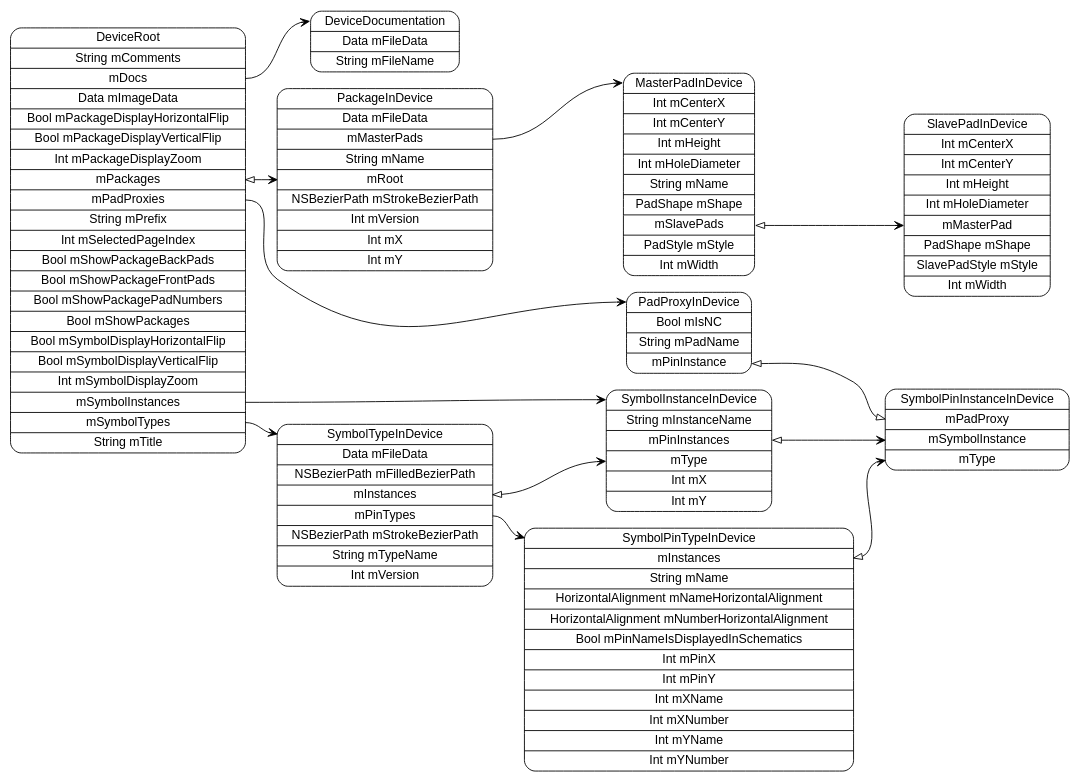
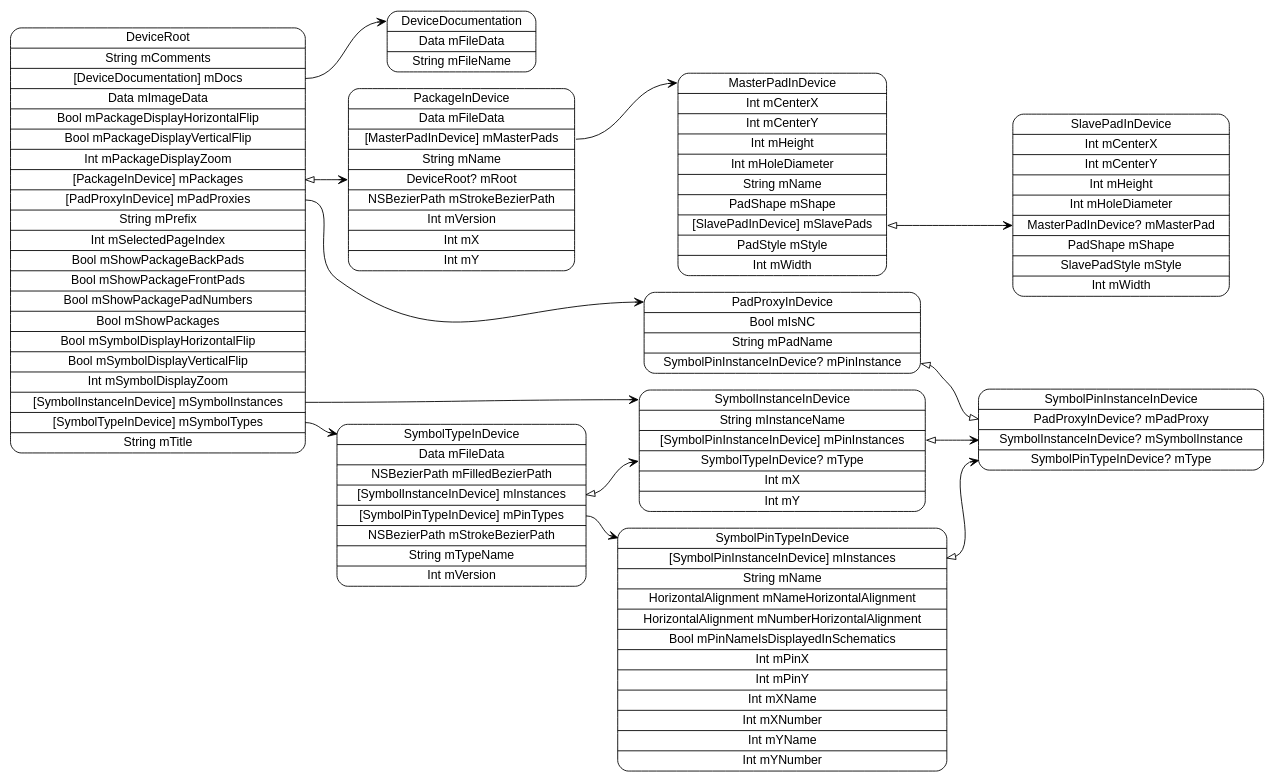
Before and after one commit to pierremolinaro/ElCanari-dev: the diagram in models/DeviceRoot.dot, drawn with Graphviz. The commit also changed 14 other files, not shown here.

```diff
--- a/models/DeviceRoot.dot
+++ b/models/DeviceRoot.dot
@@ -1,26 +1,26 @@
 digraph G {
   rankdir=LR ;
   node [shape=record fontname=helvetica style=rounded] ;
-  DeviceRoot[label="<DeviceRoot>DeviceRoot|String mComments|<mDocs>mDocs|Data mImageData|Bool mPackageDisplayHorizontalFlip|Bool mPackageDisplayVerticalFlip|Int mPackageDisplayZoom|<mPackages>mPackages|<mPadProxies>mPadProxies|String mPrefix|Int mSelectedPageIndex|Bool mShowPackageBackPads|Bool mShowPackageFrontPads|Bool mShowPackagePadNumbers|Bool mShowPackages|Bool mSymbolDisplayHorizontalFlip|Bool mSymbolDisplayVerticalFlip|Int mSymbolDisplayZoom|<mSymbolInstances>mSymbolInstances|<mSymbolTypes>mSymbolTypes|String mTitle"] ;
-  SymbolTypeInDevice[label="<SymbolTypeInDevice>SymbolTypeInDevice|Data mFileData|NSBezierPath mFilledBezierPath|<mInstances>mInstances|<mPinTypes>mPinTypes|NSBezierPath mStrokeBezierPath|String mTypeName|Int mVersion"] ;
-  SymbolPinTypeInDevice[label="<SymbolPinTypeInDevice>SymbolPinTypeInDevice|<mInstances>mInstances|String mName|HorizontalAlignment mNameHorizontalAlignment|HorizontalAlignment mNumberHorizontalAlignment|Bool mPinNameIsDisplayedInSchematics|Int mPinX|Int mPinY|Int mXName|Int mXNumber|Int mYName|Int mYNumber"] ;
-  SymbolPinInstanceInDevice[label="<SymbolPinInstanceInDevice>SymbolPinInstanceInDevice|<mPadProxy>mPadProxy|<mSymbolInstance>mSymbolInstance|<mType>mType"] ;
-  SymbolInstanceInDevice[label="<SymbolInstanceInDevice>SymbolInstanceInDevice|String mInstanceName|<mPinInstances>mPinInstances|<mType>mType|Int mX|Int mY"] ;
-  PadProxyInDevice[label="<PadProxyInDevice>PadProxyInDevice|Bool mIsNC|String mPadName|<mPinInstance>mPinInstance"] ;
-  PackageInDevice[label="<PackageInDevice>PackageInDevice|Data mFileData|<mMasterPads>mMasterPads|String mName|<mRoot>mRoot|NSBezierPath mStrokeBezierPath|Int mVersion|Int mX|Int mY"] ;
-  MasterPadInDevice[label="<MasterPadInDevice>MasterPadInDevice|Int mCenterX|Int mCenterY|Int mHeight|Int mHoleDiameter|String mName|PadShape mShape|<mSlavePads>mSlavePads|PadStyle mStyle|Int mWidth"] ;
-  SlavePadInDevice[label="<SlavePadInDevice>SlavePadInDevice|Int mCenterX|Int mCenterY|Int mHeight|Int mHoleDiameter|<mMasterPad>mMasterPad|PadShape mShape|SlavePadStyle mStyle|Int mWidth"] ;
+  DeviceRoot[label="<DeviceRoot>DeviceRoot|String mComments|<mDocs>[DeviceDocumentation] mDocs|Data mImageData|Bool mPackageDisplayHorizontalFlip|Bool mPackageDisplayVerticalFlip|Int mPackageDisplayZoom|<mPackages>[PackageInDevice] mPackages|<mPadProxies>[PadProxyInDevice] mPadProxies|String mPrefix|Int mSelectedPageIndex|Bool mShowPackageBackPads|Bool mShowPackageFrontPads|Bool mShowPackagePadNumbers|Bool mShowPackages|Bool mSymbolDisplayHorizontalFlip|Bool mSymbolDisplayVerticalFlip|Int mSymbolDisplayZoom|<mSymbolInstances>[SymbolInstanceInDevice] mSymbolInstances|<mSymbolTypes>[SymbolTypeInDevice] mSymbolTypes|String mTitle"] ;
+  SymbolTypeInDevice[label="<SymbolTypeInDevice>SymbolTypeInDevice|Data mFileData|NSBezierPath mFilledBezierPath|<mInstances>[SymbolInstanceInDevice] mInstances|<mPinTypes>[SymbolPinTypeInDevice] mPinTypes|NSBezierPath mStrokeBezierPath|String mTypeName|Int mVersion"] ;
+  SymbolPinTypeInDevice[label="<SymbolPinTypeInDevice>SymbolPinTypeInDevice|<mInstances>[SymbolPinInstanceInDevice] mInstances|String mName|HorizontalAlignment mNameHorizontalAlignment|HorizontalAlignment mNumberHorizontalAlignment|Bool mPinNameIsDisplayedInSchematics|Int mPinX|Int mPinY|Int mXName|Int mXNumber|Int mYName|Int mYNumber"] ;
+  SymbolPinInstanceInDevice[label="<SymbolPinInstanceInDevice>SymbolPinInstanceInDevice|<mPadProxy>PadProxyInDevice? mPadProxy|<mSymbolInstance>SymbolInstanceInDevice? mSymbolInstance|<mType>SymbolPinTypeInDevice? mType"] ;
+  SymbolInstanceInDevice[label="<SymbolInstanceInDevice>SymbolInstanceInDevice|String mInstanceName|<mPinInstances>[SymbolPinInstanceInDevice] mPinInstances|<mType>SymbolTypeInDevice? mType|Int mX|Int mY"] ;
+  PadProxyInDevice[label="<PadProxyInDevice>PadProxyInDevice|Bool mIsNC|String mPadName|<mPinInstance>SymbolPinInstanceInDevice? mPinInstance"] ;
+  PackageInDevice[label="<PackageInDevice>PackageInDevice|Data mFileData|<mMasterPads>[MasterPadInDevice] mMasterPads|String mName|<mRoot>DeviceRoot? mRoot|NSBezierPath mStrokeBezierPath|Int mVersion|Int mX|Int mY"] ;
+  MasterPadInDevice[label="<MasterPadInDevice>MasterPadInDevice|Int mCenterX|Int mCenterY|Int mHeight|Int mHoleDiameter|String mName|PadShape mShape|<mSlavePads>[SlavePadInDevice] mSlavePads|PadStyle mStyle|Int mWidth"] ;
+  SlavePadInDevice[label="<SlavePadInDevice>SlavePadInDevice|Int mCenterX|Int mCenterY|Int mHeight|Int mHoleDiameter|<mMasterPad>MasterPadInDevice? mMasterPad|PadShape mShape|SlavePadStyle mStyle|Int mWidth"] ;
   DeviceDocumentation[label="<DeviceDocumentation>DeviceDocumentation|Data mFileData|String mFileName"] ;
   DeviceRoot:mDocs -> DeviceDocumentation:DeviceDocumentation [dir=both arrowtail=none arrowhead=vee] ;
   DeviceRoot:mPackages -> PackageInDevice:mRoot [dir=both arrowtail=onormal arrowhead=vee] ;
   DeviceRoot:mPadProxies -> PadProxyInDevice:PadProxyInDevice [dir=both arrowtail=none arrowhead=vee] ;
   DeviceRoot:mSymbolInstances -> SymbolInstanceInDevice:SymbolInstanceInDevice [dir=both arrowtail=none arrowhead=vee] ;
   DeviceRoot:mSymbolTypes -> SymbolTypeInDevice:SymbolTypeInDevice [dir=both arrowtail=none arrowhead=vee] ;
   SymbolTypeInDevice:mInstances -> SymbolInstanceInDevice:mType [dir=both arrowtail=onormal arrowhead=vee] ;
   SymbolTypeInDevice:mPinTypes -> SymbolPinTypeInDevice:SymbolPinTypeInDevice [dir=both arrowtail=none arrowhead=vee] ;
   SymbolPinTypeInDevice:mInstances -> SymbolPinInstanceInDevice:mType [dir=both arrowtail=onormal arrowhead=vee] ;
   SymbolInstanceInDevice:mPinInstances -> SymbolPinInstanceInDevice:mSymbolInstance [dir=both arrowtail=onormal arrowhead=vee] ;
   PadProxyInDevice:mPinInstance -> SymbolPinInstanceInDevice:mPadProxy [dir=both arrowtail=onormal arrowhead=onormal] ;
   PackageInDevice:mMasterPads -> MasterPadInDevice:MasterPadInDevice [dir=both arrowtail=none arrowhead=vee] ;
   MasterPadInDevice:mSlavePads -> SlavePadInDevice:mMasterPad [dir=both arrowtail=onormal arrowhead=vee] ;
 }
```
